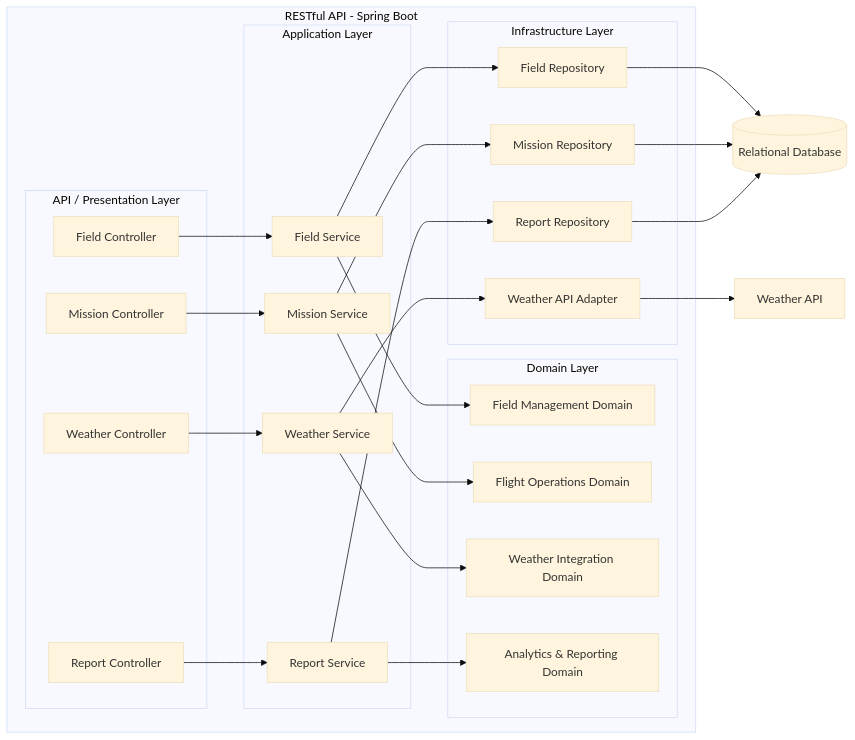
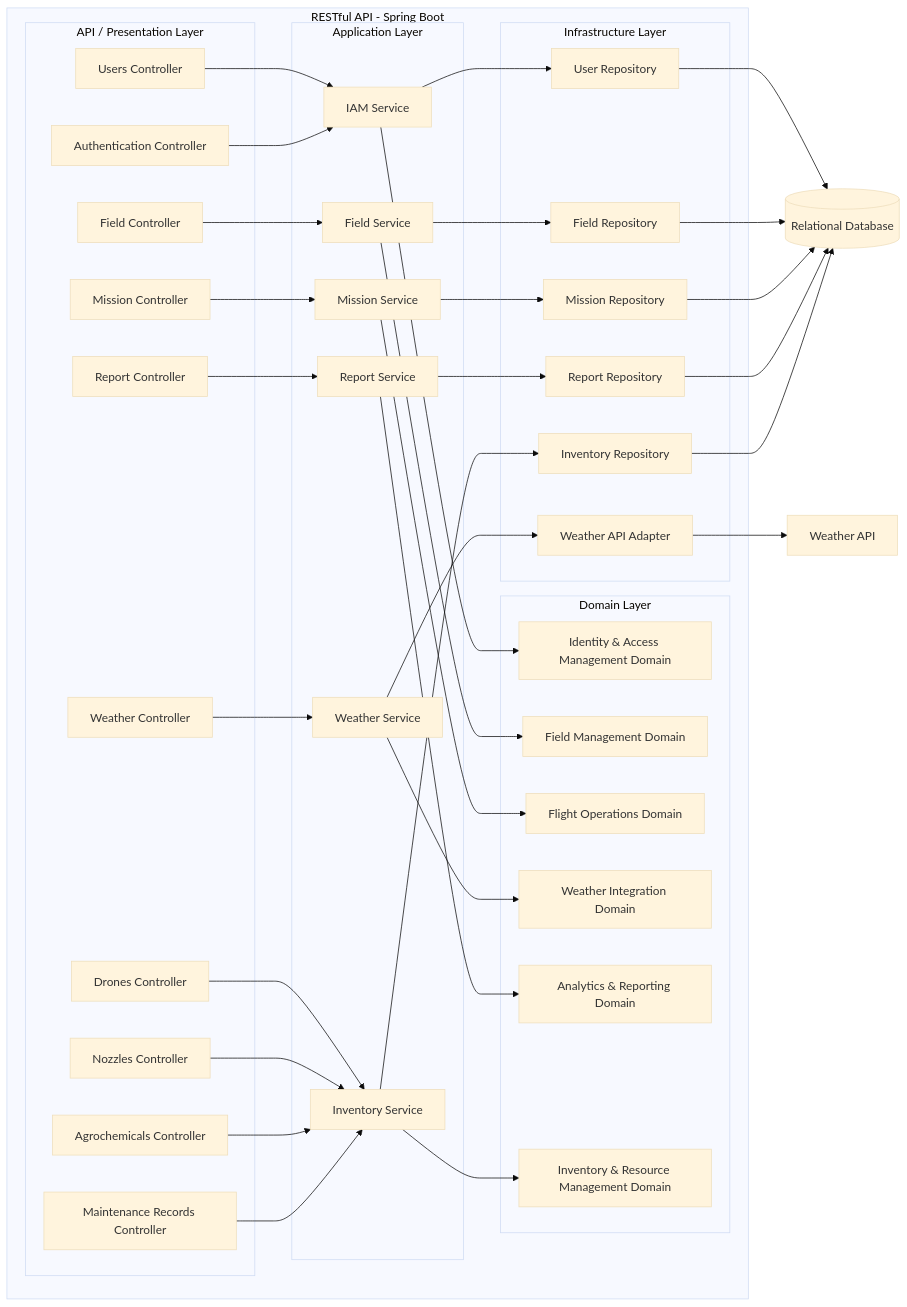
Before and after one commit to Ital0Dmc/Agridron-Report-readme-playground: the third of 23 diagrams in README.md, drawn with Mermaid (base theme). The commit also changed other lines of this file, not shown here.

First line of the commit message:
docs: align container and component diagrams with the six bounded contexts

````diff
--- a/README.md
+++ b/README.md
@@ -2110,47 +2112,71 @@
 ```mermaid
 flowchart LR
   subgraph API["RESTful API - Spring Boot"]
     subgraph Presentation["API / Presentation Layer"]
+      UC["Users Controller"]
+      AC["Authentication Controller"]
       FC["Field Controller"]
       MC["Mission Controller"]
       WC["Weather Controller"]
       RC["Report Controller"]
+      DC["Drones Controller"]
+      NC["Nozzles Controller"]
+      AGC["Agrochemicals Controller"]
+      MRC["Maintenance Records Controller"]
     end
     subgraph Application["Application Layer"]
+      IS["IAM Service"]
       FS["Field Service"]
       MS["Mission Service"]
       WS["Weather Service"]
       RS["Report Service"]
+      INS["Inventory Service"]
     end
     subgraph Domain["Domain Layer"]
+      ID["Identity & Access Management Domain"]
       FD["Field Management Domain"]
       MD["Flight Operations Domain"]
       WD["Weather Integration Domain"]
       RD["Analytics & Reporting Domain"]
+      IND["Inventory & Resource Management Domain"]
     end
     subgraph Infrastructure["Infrastructure Layer"]
+      UR["User Repository"]
       FR["Field Repository"]
       MR["Mission Repository"]
       RR["Report Repository"]
+      INR["Inventory Repository"]
       WA["Weather API Adapter"]
     end
   end
   DB[("Relational Database")]
   Weather["Weather API"]
+  UC --> IS
+  AC --> IS
   FC --> FS
   MC --> MS
   WC --> WS
   RC --> RS
+  DC --> INS
+  NC --> INS
+  AGC --> INS
+  MRC --> INS
+  IS --> ID
   FS --> FD
   MS --> MD
   WS --> WD
   RS --> RD
+  INS --> IND
+  IS --> UR
   FS --> FR
   MS --> MR
   RS --> RR
+  INS --> INR
   WS --> WA
+  UR --> DB
   FR --> DB
   MR --> DB
   RR --> DB
+  INR --> DB
   WA --> Weather
 ```
````
